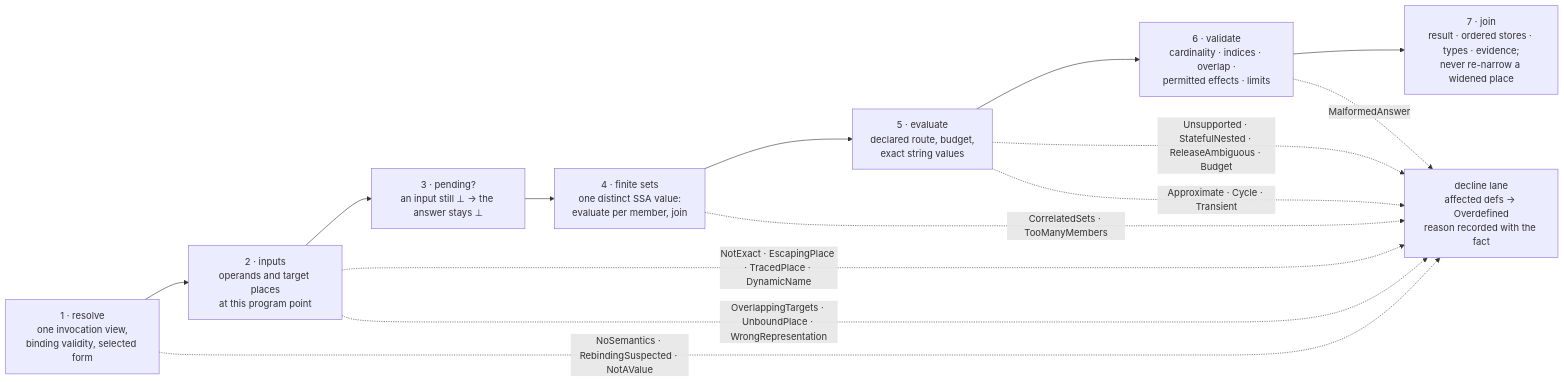
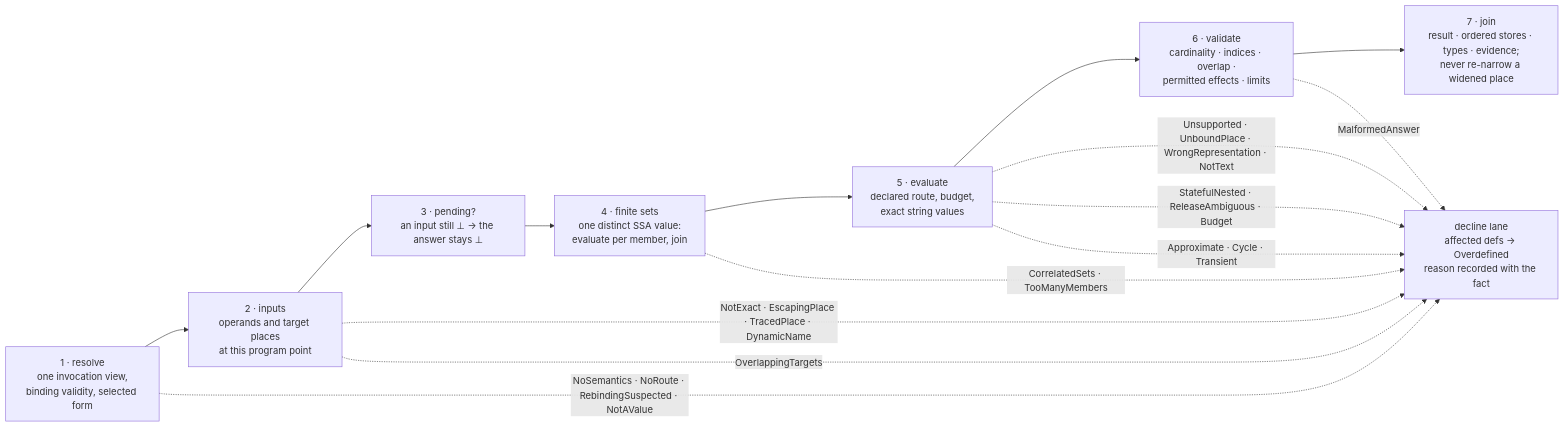
Before and after one commit to bitwisecook/tcl-lsp: the third of 5 diagrams in docs/design/compiler/value-transfers.md, drawn with Mermaid. The commit also changed other lines of this file and 8 other files, not shown here.

````diff
--- a/docs/design/compiler/value-transfers.md
+++ b/docs/design/compiler/value-transfers.md
@@ -893,19 +907,20 @@
 ```mermaid
 flowchart LR
     S1["1 · resolve<br/>one invocation view,<br/>binding validity, selected form"]
     S2["2 · inputs<br/>operands and target places<br/>at this program point"]
     S3["3 · pending?<br/>an input still ⊥ → the answer stays ⊥"]
     S4["4 · finite sets<br/>one distinct SSA value:<br/>evaluate per member, join"]
     S5["5 · evaluate<br/>declared route, budget,<br/>exact string values"]
     S6["6 · validate<br/>cardinality · indices · overlap ·<br/>permitted effects · limits"]
     S7["7 · join<br/>result · ordered stores · types · evidence;<br/>never re-narrow a widened place"]
     S1 --> S2 --> S3 --> S4 --> S5 --> S6 --> S7
-    S1 -. NoSemantics · RebindingSuspected · NotAValue .-> W
+    S1 -. NoSemantics · NoRoute · RebindingSuspected · NotAValue .-> W
     S2 -. NotExact · EscapingPlace · TracedPlace · DynamicName .-> W
-    S2 -. OverlappingTargets · UnboundPlace · WrongRepresentation .-> W
+    S2 -. OverlappingTargets .-> W
     S4 -. CorrelatedSets · TooManyMembers .-> W
-    S5 -. Unsupported · StatefulNested · ReleaseAmbiguous · Budget .-> W
+    S5 -. Unsupported · UnboundPlace · WrongRepresentation · NotText .-> W
+    S5 -. StatefulNested · ReleaseAmbiguous · Budget .-> W
     S5 -. Approximate · Cycle · Transient .-> W
     S6 -. MalformedAnswer .-> W
     W["decline lane<br/>affected defs → Overdefined<br/>reason recorded with the fact"]
 ```
````
